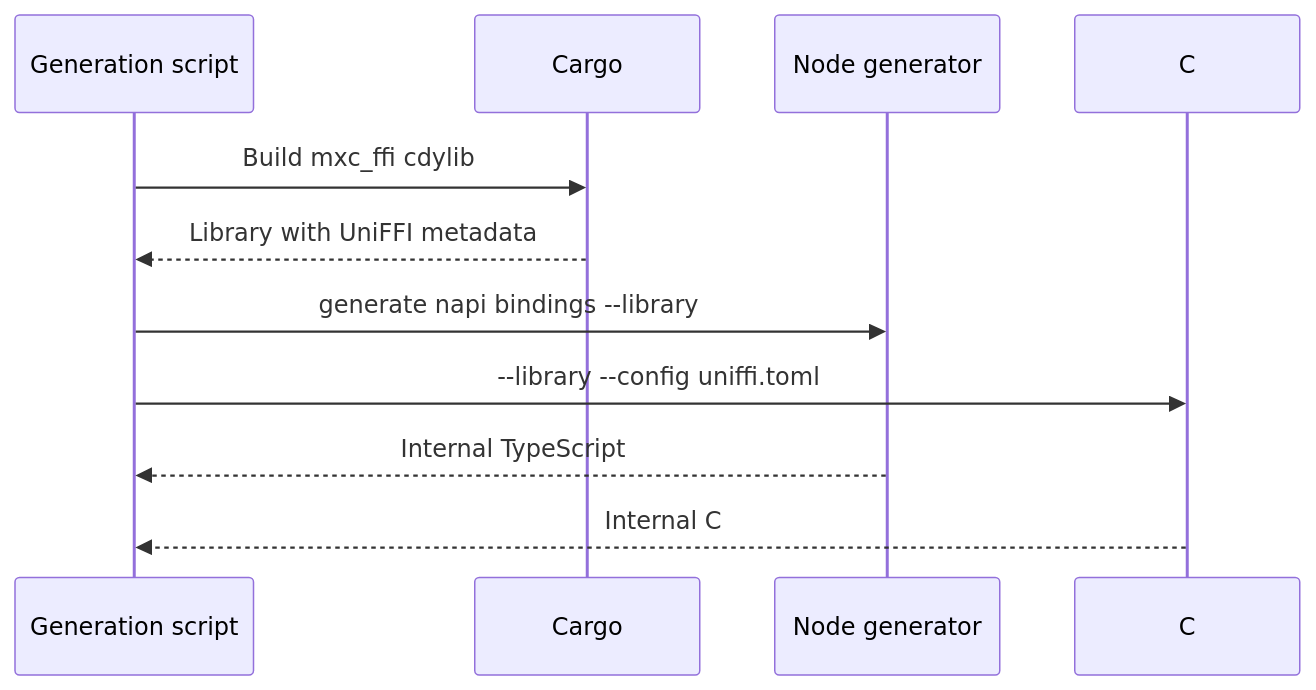
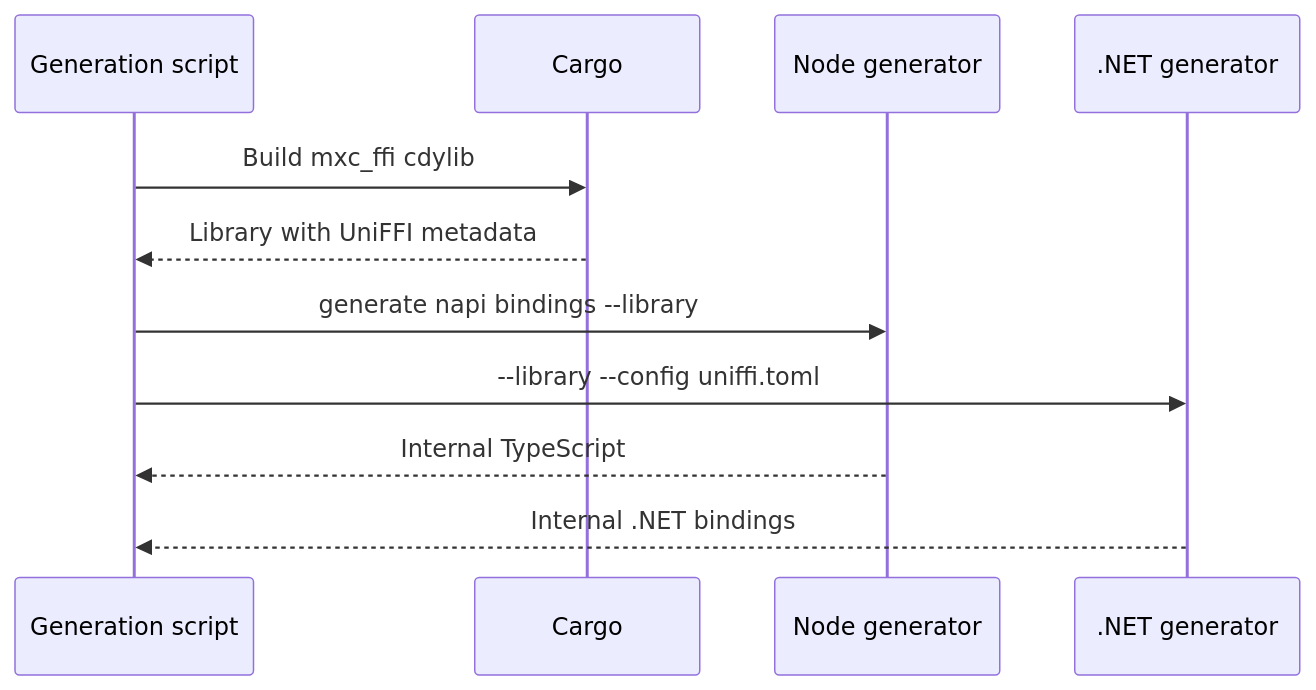
One commit to microsoft/mxc changed the second of 3 diagrams in docs/designs/SDK/uniffi-binding-generation.md. Above: the diagram before and after it, drawn with Mermaid. The commit also changed other lines of this file and 2 other files, not shown here.

Commit message:
Clarify generated .NET diagram labels

Copilot-Session: d85d5c98-b282-40c2-9037-8df016a4919c

````diff
--- a/docs/designs/SDK/uniffi-binding-generation.md
+++ b/docs/designs/SDK/uniffi-binding-generation.md
@@ -39,13 +39,13 @@
 ```mermaid
 sequenceDiagram
     participant G as Generation script
     participant C as Cargo
     participant N as Node generator
-    participant D as C# generator
+    participant D as .NET generator
     G->>C: Build mxc_ffi cdylib
     C-->>G: Library with UniFFI metadata
     G->>N: generate napi bindings --library
     G->>D: --library --config uniffi.toml
     N-->>G: Internal TypeScript
-    D-->>G: Internal C#
+    D-->>G: Internal .NET bindings
 ```
````
